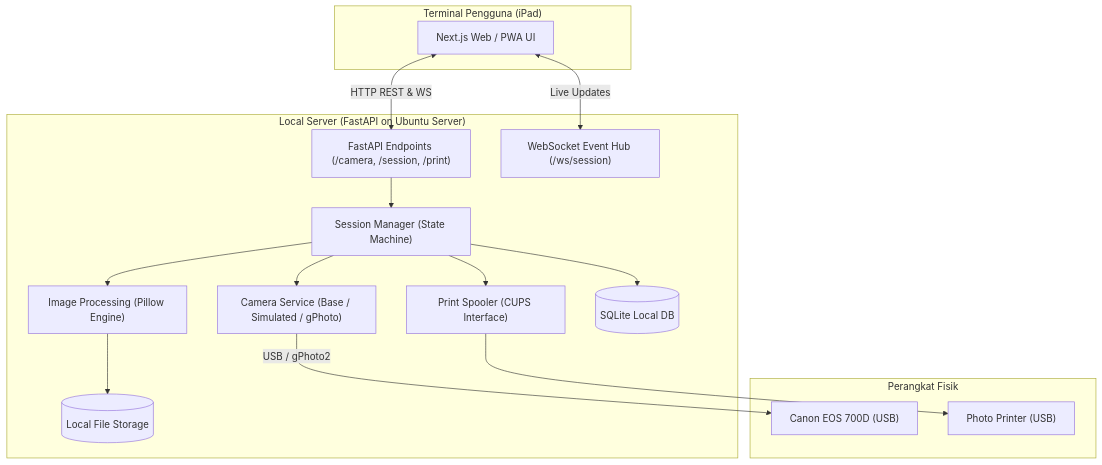
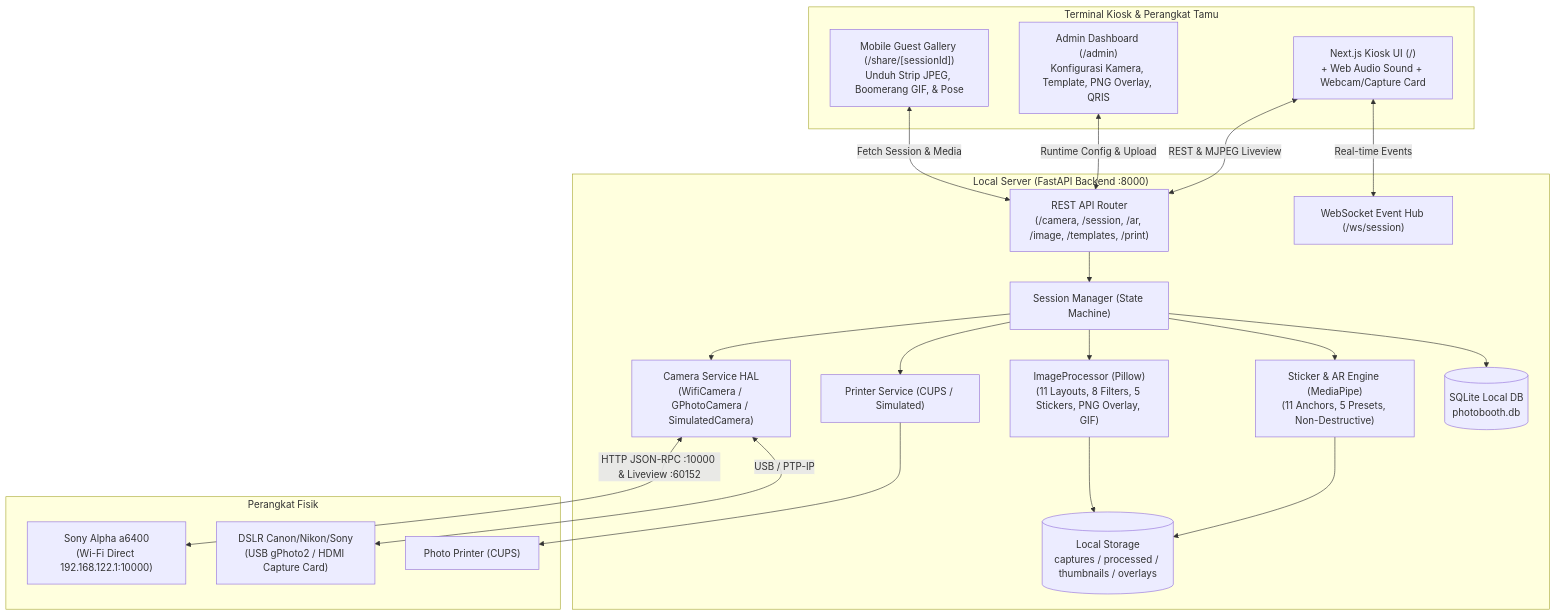
One commit to dryuxxinn/photobooth-system changed the first of 2 diagrams in system-doc.md. Above: the diagram before and after it, drawn with Mermaid. The commit also changed other lines of this file and 56 other files, not shown here.

````diff
--- a/system-doc.md
+++ b/system-doc.md
@@ -18,33 +18,42 @@
 ```mermaid
 flowchart TD
-    subgraph Kiosk["Terminal Pengguna (iPad)"]
-        UI["Next.js Web / PWA UI"]
+    subgraph Client["Terminal Kiosk & Perangkat Tamu"]
+        Kiosk["Next.js Kiosk UI (/)\n+ Web Audio Sound + Webcam/Capture Card"]
+        Admin["Admin Dashboard (/admin)\nKonfigurasi Kamera, Template, PNG Overlay, QRIS"]
+        Guest["Mobile Guest Gallery (/share/[sessionId])\nUnduh Strip JPEG, Boomerang GIF, & Pose"]
     end
 
-    subgraph Server["Local Server (FastAPI on Ubuntu Server)"]
-        API["FastAPI Endpoints (/camera, /session, /print)"]
+    subgraph Server["Local Server (FastAPI Backend :8000)"]
+        API["REST API Router\n(/camera, /session, /ar, /image, /templates, /print)"]
         WS["WebSocket Event Hub (/ws/session)"]
         SM["Session Manager (State Machine)"]
-        CS["Camera Service (Base / Simulated / gPhoto)"]
-        IP["Image Processing (Pillow Engine)"]
-        PS["Print Spooler (CUPS Interface)"]
-        DB[(SQLite Local DB)]
-        FS[("Local File Storage")]
+        CS["Camera Service HAL\n(WifiCamera / GPhotoCamera / SimulatedCamera)"]
+        AR["Sticker & AR Engine (MediaPipe)\n(11 Anchors, 5 Presets, Non-Destructive)"]
+        IP["ImageProcessor (Pillow)\n(11 Layouts, 8 Filters, 5 Stickers, PNG Overlay, GIF)"]
+        PS["Printer Service (CUPS / Simulated)"]
+        DB[(SQLite Local DB\nphotobooth.db)]
+        FS[("Local Storage\ncaptures / processed / thumbnails / overlays")]
     end
 
-    subgraph Peripherals["Perangkat Fisik"]
-        CAM["Canon EOS 700D (USB)"]
-        PRN["Photo Printer (USB)"]
+    subgraph Hardware["Perangkat Fisik"]
+        SONY["Sony Alpha a6400\n(Wi-Fi Direct 192.168.122.1:10000)"]
+        DSLR["DSLR Canon/Nikon/Sony\n(USB gPhoto2 / HDMI Capture Card)"]
+        PRN["Photo Printer (CUPS)"]
     end
 
-    UI <-->|HTTP REST & WS| API
-    UI <-->|Live Updates| WS
+    Kiosk <-->|REST & MJPEG Liveview| API
+    Kiosk <-->|Real-time Events| WS
+    Admin <-->|Runtime Config & Upload| API
+    Guest <-->|Fetch Session & Media| API
     API --> SM
     SM --> DB
     SM --> CS
+    SM --> AR
     SM --> IP
     SM --> PS
-    CS -->|USB / gPhoto2| CAM
+    CS <-->|HTTP JSON-RPC :10000 & Liveview :60152| SONY
+    CS <-->|USB / PTP-IP| DSLR
+    AR --> FS
     IP --> FS
     PS --> PRN
 ```
````
